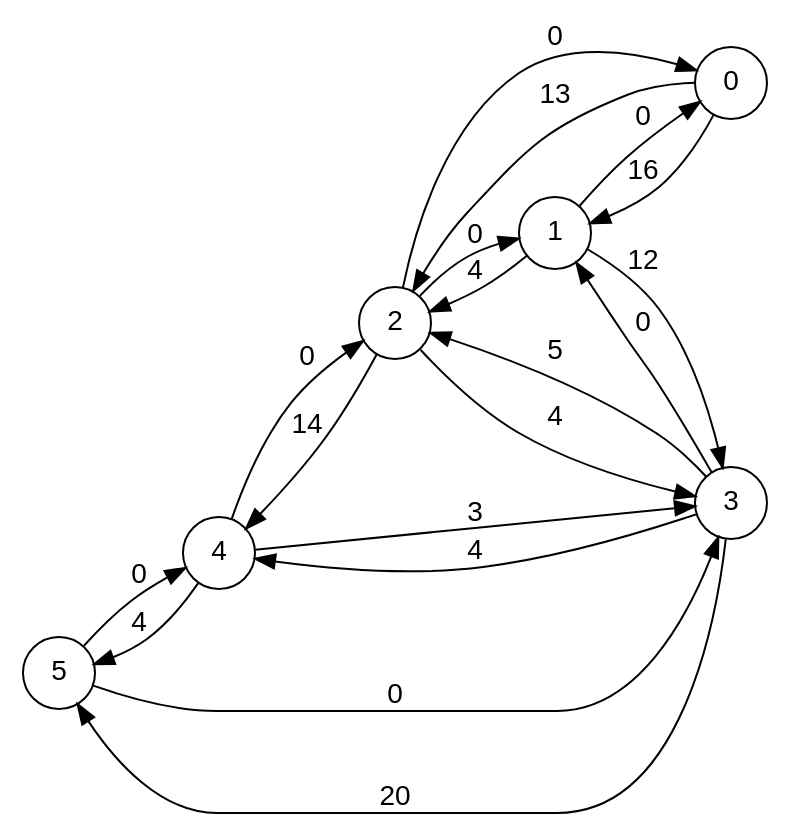
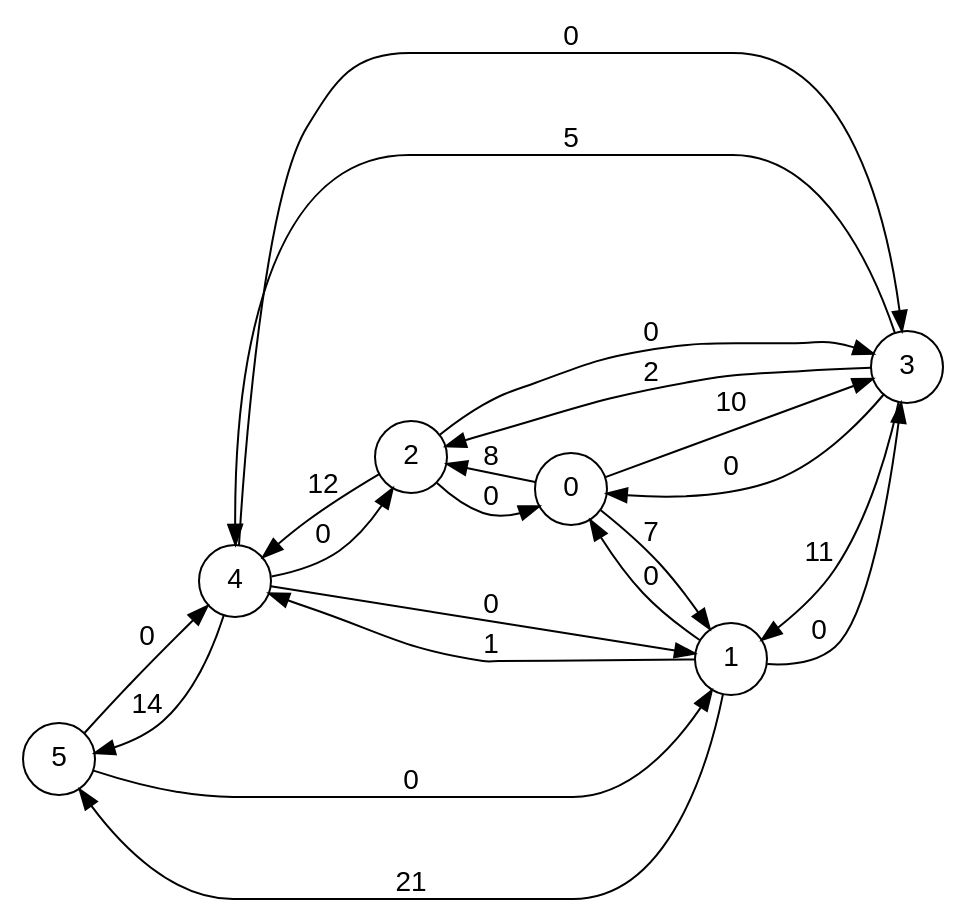
One commit to skferrei31/ocaml-maxflow-project-lavergne-ferreira changed the diagram in my_graph.dot. Above: the diagram before and after it, drawn with Graphviz. The commit also changed 2 other files, not shown here.

```diff
--- a/my_graph.dot
+++ b/my_graph.dot
@@ -1,30 +1,32 @@
  digraph finite_state_machine {
 
       fontname="Helvetica,Arial,sans-serif"
 
       node [fontname= "Helvetica,Arial,sans-serif"]
 
       edge [fontname="Helvetica,Arial,sans-serif"]
 
       rankdir=LR;
 
       node [shape = circle]; 
 5->4[label = "0"];
-5->3[label = "0"];
-0->2[label = "13"];
-0->1[label = "16"];
-4->5[label = "4"];
+5->1[label = "0"];
+4->5[label = "14"];
+4->1[label = "0"];
+4->3[label = "0"];
 4->2[label = "0"];
-4->3[label = "3"];
-3->5[label = "20"];
-3->1[label = "0"];
-3->4[label = "4"];
-3->2[label = "5"];
-1->3[label = "12"];
+1->5[label = "21"];
+1->4[label = "1"];
+1->3[label = "0"];
 1->0[label = "0"];
-1->2[label = "4"];
-2->4[label = "14"];
+3->1[label = "11"];
+3->2[label = "2"];
+3->4[label = "5"];
+3->0[label = "0"];
+0->1[label = "7"];
+0->3[label = "10"];
+0->2[label = "8"];
+2->3[label = "0"];
+2->4[label = "12"];
 2->0[label = "0"];
-2->3[label = "4"];
-2->1[label = "0"];
 }
```
